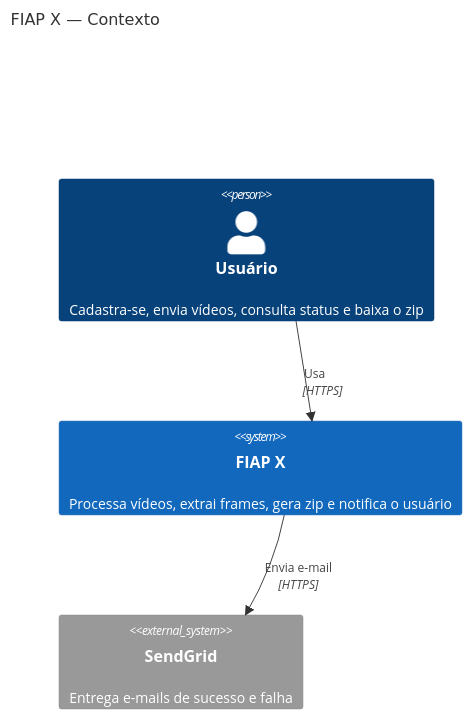
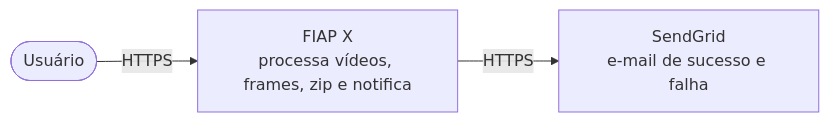
One commit to fiap-x-vcosta/docs changed the diagram in arquitetura/01_contexto.md. Above: the diagram before and after it, drawn with Mermaid. The commit also changed 5 other files, not shown here.

First line of the commit message:
docs: trocar C4 Mermaid por flowchart com layout estável

````diff
--- a/arquitetura/01_contexto.md
+++ b/arquitetura/01_contexto.md
@@ -1,13 +1,9 @@
 ```mermaid
-C4Context
-  title FIAP X — Contexto
+flowchart LR
+  usuario(["Usuário"])
+  fiapx["FIAP X<br/>processa vídeos, frames, zip e notifica"]
+  sendgrid["SendGrid<br/>e-mail de sucesso e falha"]
 
-  Person(usuario, "Usuário", "Cadastra-se, envia vídeos, consulta status e baixa o zip")
-
-  System(fiapx, "FIAP X", "Processa vídeos, extrai frames, gera zip e notifica o usuário")
-
-  System_Ext(sendgrid, "SendGrid", "Entrega e-mails de sucesso e falha")
-
-  Rel(usuario, fiapx, "Usa", "HTTPS")
-  Rel(fiapx, sendgrid, "Envia e-mail", "HTTPS")
+  usuario -->|HTTPS| fiapx
+  fiapx -->|HTTPS| sendgrid
 ```
````
